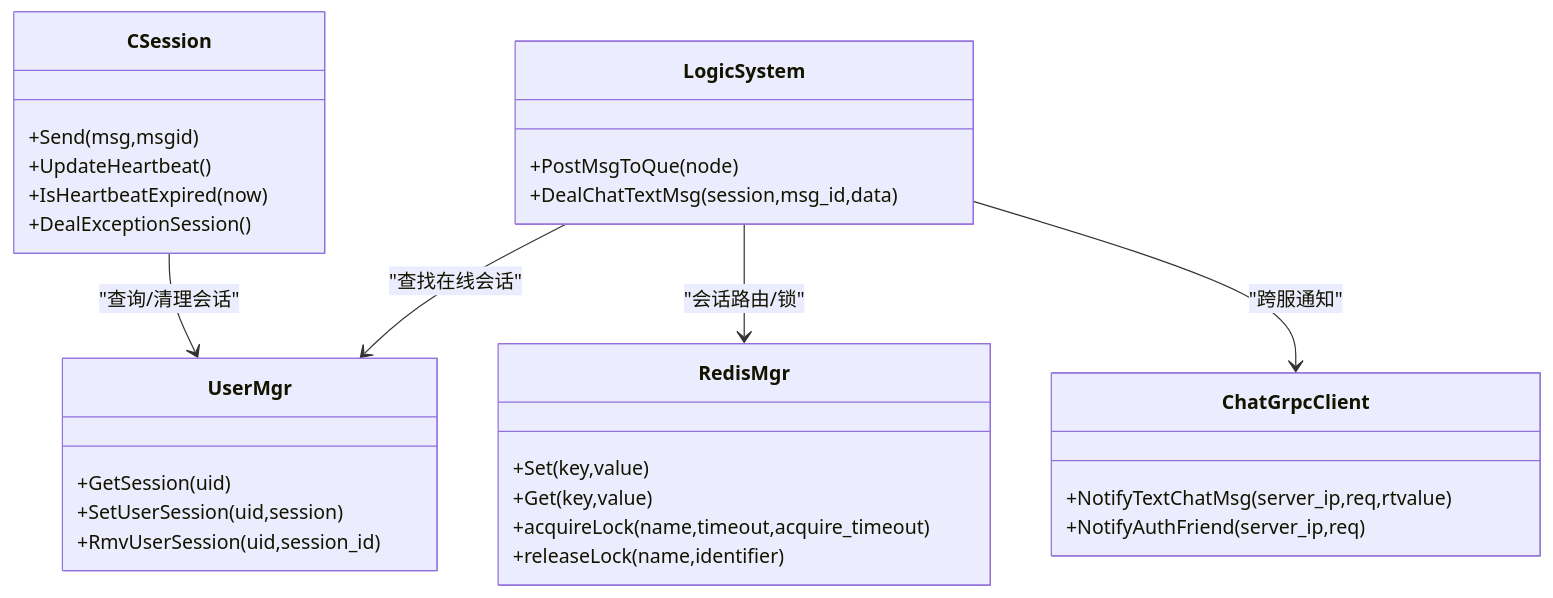
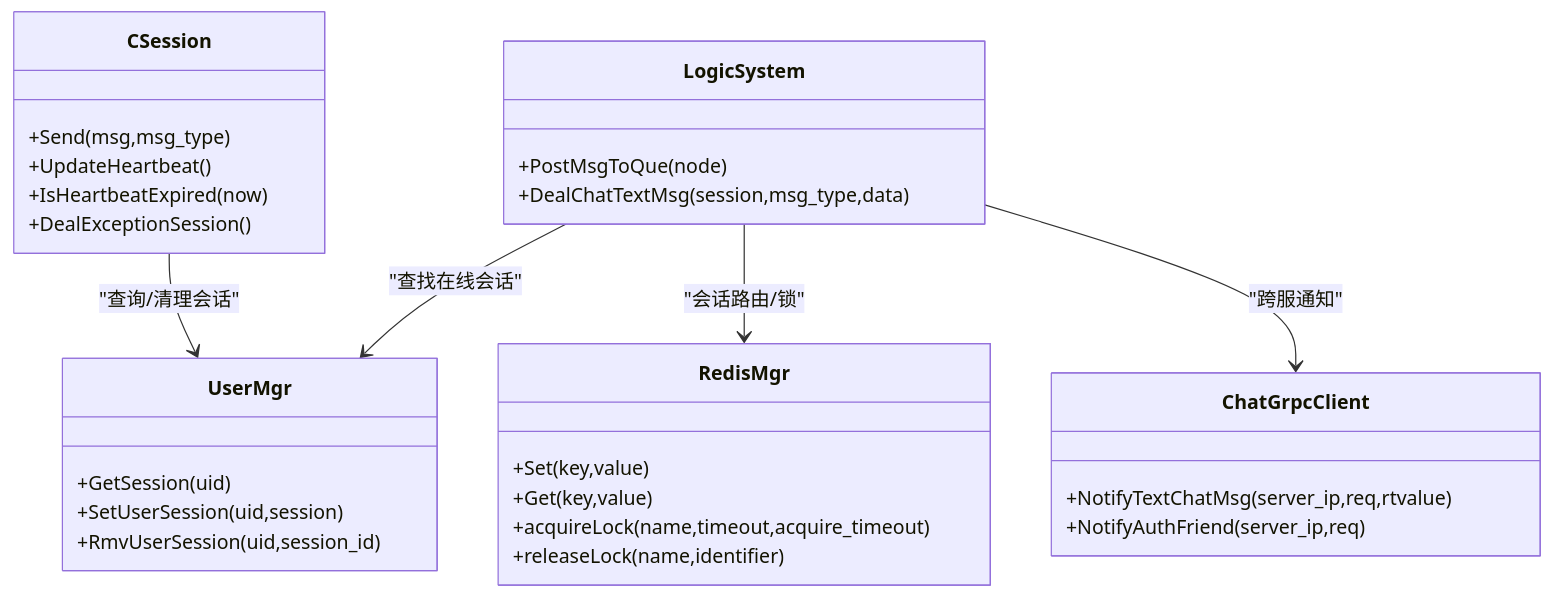
The sixth of 6 diagrams in .qoder/repowiki/zh/content/架构设计/数据流设计/实时同步数据流.md (echo9923/mychatter), drawn with Mermaid before and after one commit. The commit also changed 128 other files, not shown here.

First line of the commit message:
refactor(protocol): TCP 帧头消息类型 msg_id 全局改名为 msg_type

````diff
--- a/.qoder/repowiki/zh/content/架构设计/数据流设计/实时同步数据流.md
+++ b/.qoder/repowiki/zh/content/架构设计/数据流设计/实时同步数据流.md
@@ -283,32 +283,32 @@
 ```mermaid
 classDiagram
 class CSession {
-+Send(msg,msgid)
++Send(msg,msg_type)
 +UpdateHeartbeat()
 +IsHeartbeatExpired(now)
 +DealExceptionSession()
 }
 class UserMgr {
 +GetSession(uid)
 +SetUserSession(uid,session)
 +RmvUserSession(uid,session_id)
 }
 class LogicSystem {
 +PostMsgToQue(node)
-+DealChatTextMsg(session,msg_id,data)
++DealChatTextMsg(session,msg_type,data)
 }
 class RedisMgr {
 +Set(key,value)
 +Get(key,value)
 +acquireLock(name,timeout,acquire_timeout)
 +releaseLock(name,identifier)
 }
 class ChatGrpcClient {
 +NotifyTextChatMsg(server_ip,req,rtvalue)
 +NotifyAuthFriend(server_ip,req)
 }
 CSession --> UserMgr : "查询/清理会话"
 LogicSystem --> UserMgr : "查找在线会话"
 LogicSystem --> RedisMgr : "会话路由/锁"
 LogicSystem --> ChatGrpcClient : "跨服通知"
 ```
````
